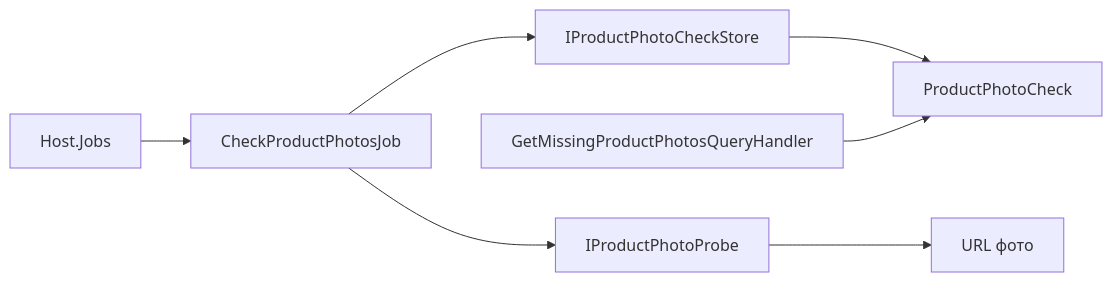
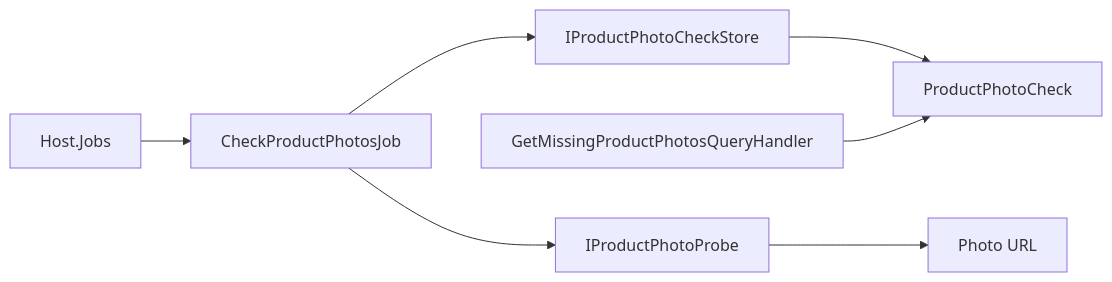
One commit to Weretik/KedrStore changed the diagram in docs/sdd/features/catalog/photo-check.md. Above: the diagram before and after it, drawn with Mermaid. The commit also changed other lines of this file and 83 other files, not shown here.

Commit message:
docs(kedr): reconcile architecture and delivery guidance

````diff
--- a/docs/sdd/features/catalog/photo-check.md
+++ b/docs/sdd/features/catalog/photo-check.md
@@ -30,9 +30,9 @@
 ```mermaid
 flowchart LR
     A["Host.Jobs"] --> B["CheckProductPhotosJob"]
     B --> C["IProductPhotoCheckStore"]
     B --> D["IProductPhotoProbe"]
-    D --> E["URL фото"]
+    D --> E["Photo URL"]
     C --> F["ProductPhotoCheck"]
     G["GetMissingProductPhotosQueryHandler"] --> F
 ```
````
